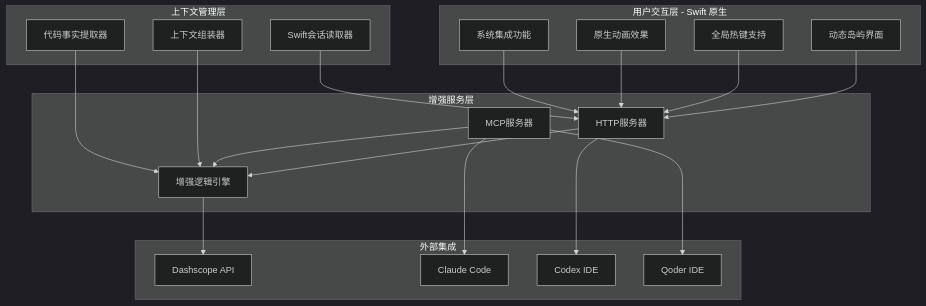
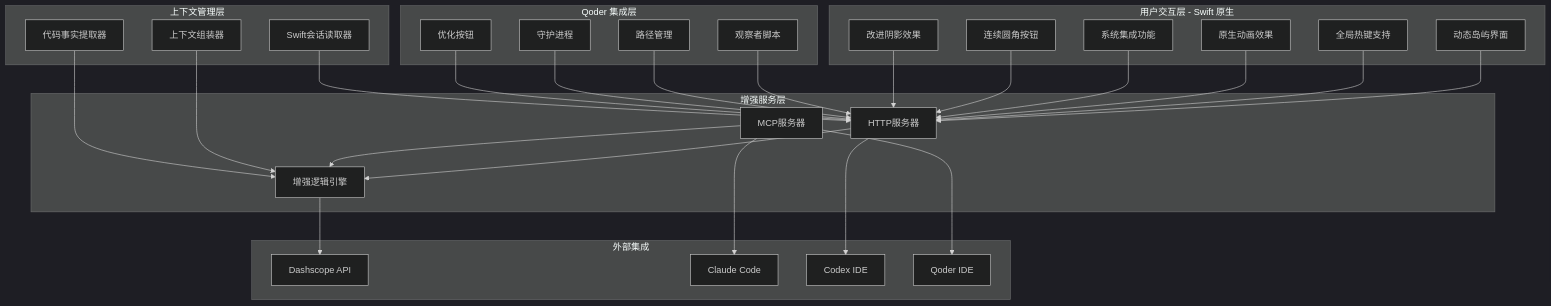
One commit to WyRainBow/PromptCocoPilot changed the second of 6 diagrams in .qoder/repowiki/zh/content/集成指南/桌面界面使用指南.md. Above: the diagram before and after it, drawn with Mermaid (dark theme). The commit also changed other lines of this file and 134 other files, not shown here.

````diff
--- a/.qoder/repowiki/zh/content/集成指南/桌面界面使用指南.md
+++ b/.qoder/repowiki/zh/content/集成指南/桌面界面使用指南.md
@@ -199,38 +241,52 @@
 ```mermaid
 graph TB
 subgraph "用户交互层 - Swift 原生"
 UI1[动态岛屿界面]
 UI2[全局热键支持]
 UI3[原生动画效果]
 UI4[系统集成功能]
+UI5[连续圆角按钮]
+UI6[改进阴影效果]
+end
+subgraph "Qoder 集成层"
+Q1[观察者脚本]
+Q2[路径管理]
+Q3[守护进程]
+Q4[优化按钮]
 end
 subgraph "增强服务层"
 ES1[HTTP服务器]
 ES2[MCP服务器]
 ES3[增强逻辑引擎]
 end
 subgraph "上下文管理层"
 CM1[Swift会话读取器]
 CM2[上下文组装器]
 CM3[代码事实提取器]
 end
 subgraph "外部集成"
 EX1[Dashscope API]
 EX2[Claude Code]
 EX3[Codex IDE]
 EX4[Qoder IDE]
 end
 UI1 --> ES1
 UI2 --> ES1
 UI3 --> ES1
 UI4 --> ES1
+UI5 --> ES1
+UI6 --> ES1
+Q1 --> ES1
+Q2 --> ES1
+Q3 --> ES1
+Q4 --> ES1
 ES1 --> ES3
 ES2 --> ES3
 ES3 --> EX1
 CM1 --> ES1
 CM2 --> ES3
 CM3 --> ES3
 ES2 --> EX2
 ES1 --> EX3
 ES2 --> EX4
 ```
````
